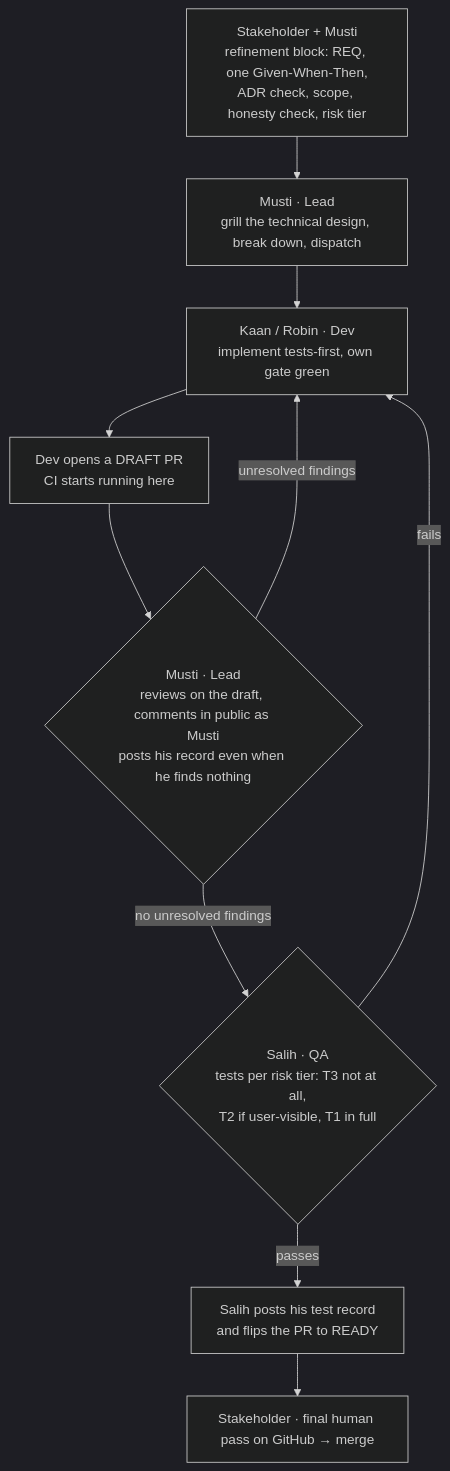
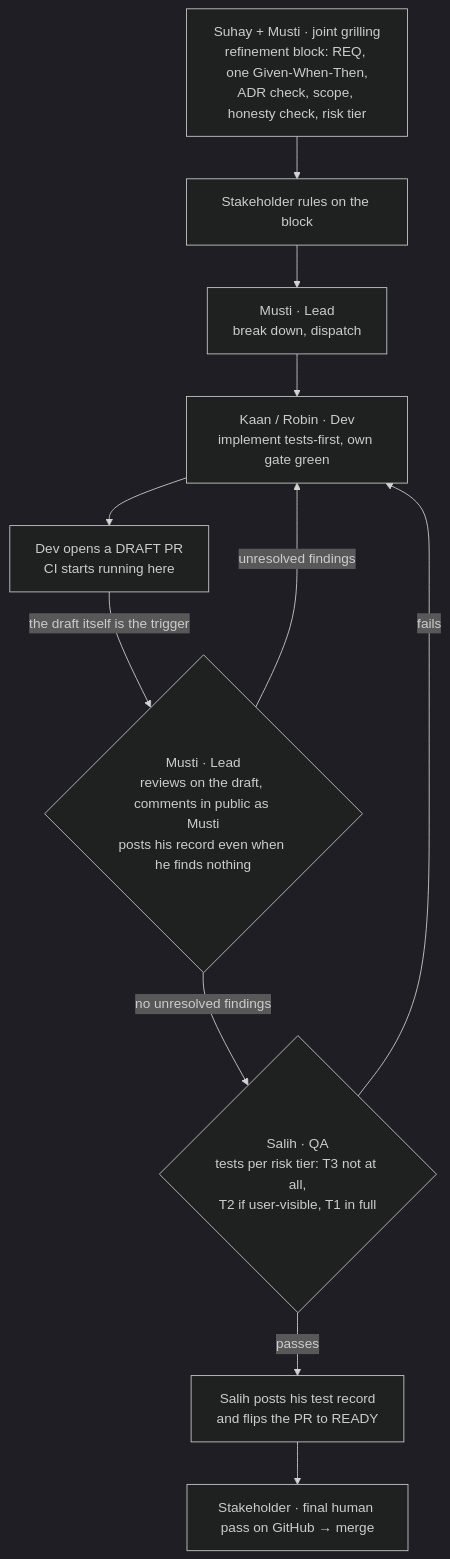
Before and after one commit to NexusHero/Steuereule: the diagram in docs/process/delivery-pipeline.md, drawn with Mermaid (dark theme). The commit also changed other lines of this file and 1 other file, not shown here.

First line of the commit message:
docs(process): the draft PR triggers the review; nobody gates it

````diff
--- a/docs/process/delivery-pipeline.md
+++ b/docs/process/delivery-pipeline.md
@@ -17,12 +17,13 @@
 ```mermaid
 flowchart TD
-    A[Stakeholder + Musti<br/>refinement block: REQ, one Given-When-Then,<br/>ADR check, scope, honesty check, risk tier] --> B[Musti · Lead<br/>grill the technical design, break down, dispatch]
+    A[Suhay + Musti · joint grilling<br/>refinement block: REQ, one Given-When-Then,<br/>ADR check, scope, honesty check, risk tier] --> A2[Stakeholder rules on the block]
+    A2 --> B[Musti · Lead<br/>break down, dispatch]
     B --> C[Kaan / Robin · Dev<br/>implement tests-first, own gate green]
     C --> D[Dev opens a DRAFT PR<br/>CI starts running here]
-    D --> E{Musti · Lead<br/>reviews on the draft, comments in public as Musti<br/>posts his record even when he finds nothing}
+    D -- the draft itself is the trigger --> E{Musti · Lead<br/>reviews on the draft, comments in public as Musti<br/>posts his record even when he finds nothing}
     E -- unresolved findings --> C
     E -- no unresolved findings --> F{Salih · QA<br/>tests per risk tier: T3 not at all,<br/>T2 if user-visible, T1 in full}
     F -- fails --> C
     F -- passes --> G[Salih posts his test record<br/>and flips the PR to READY]
     G --> H[Stakeholder · final human pass on GitHub → merge]
 ```
````
